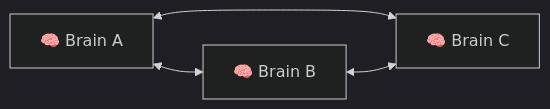
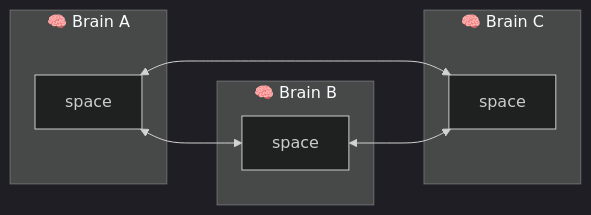
Before and after one commit to ythril-network/Ythril: the fourth of 5 diagrams in README.md, drawn with Mermaid (dark theme). The commit also changed other lines of this file, not shown here.

Commit message:
docs(readme): clarify brain network types and sync behavior with updated flowcharts

````diff
--- a/README.md
+++ b/README.md
@@ -119,6 +121,16 @@
 ```mermaid
 flowchart LR
-	A[🧠 Brain A] <--> B[🧠 Brain B]
-	A <--> C[🧠 Brain C]
-	B <--> C
+	subgraph BA["🧠 Brain A"]
+		SA[space]
+	end
+	subgraph BB["🧠 Brain B"]
+		SB[space]
+	end
+	subgraph BC["🧠 Brain C"]
+		SC[space]
+	end
+
+	SA <--> SB
+	SA <--> SC
+	SB <--> SC
 ```
````
